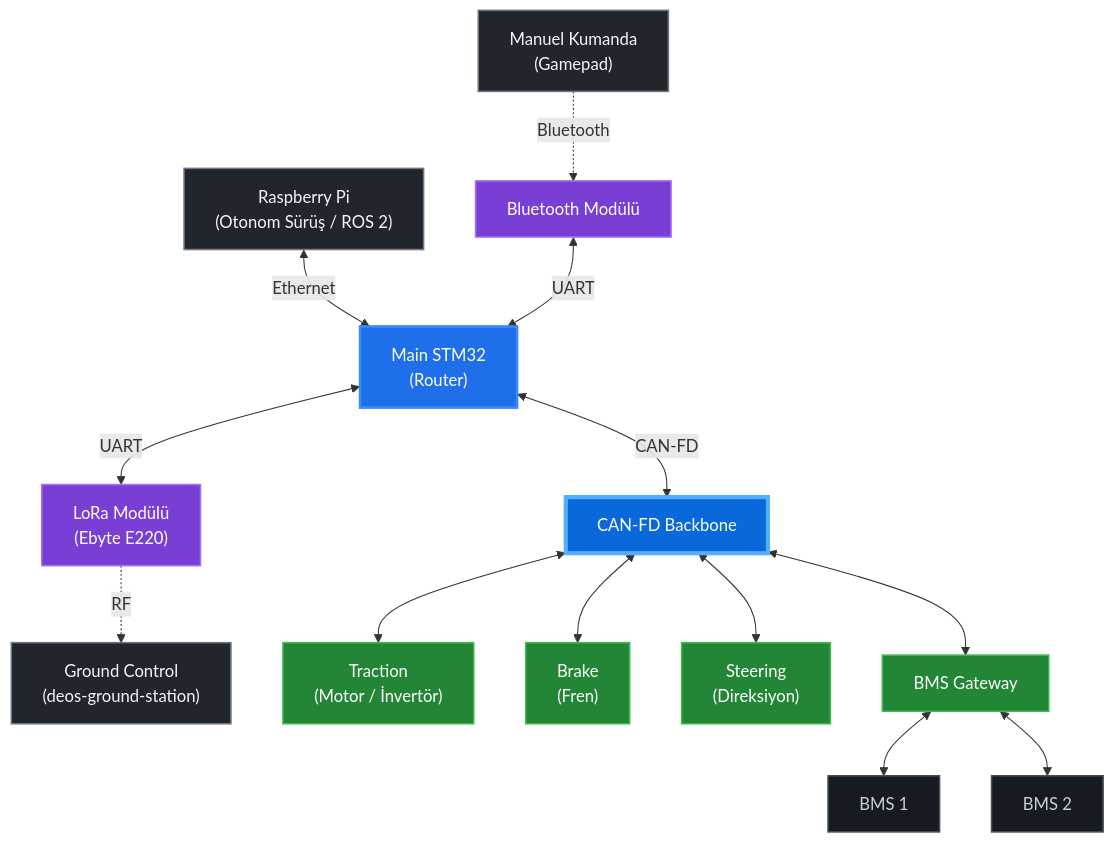
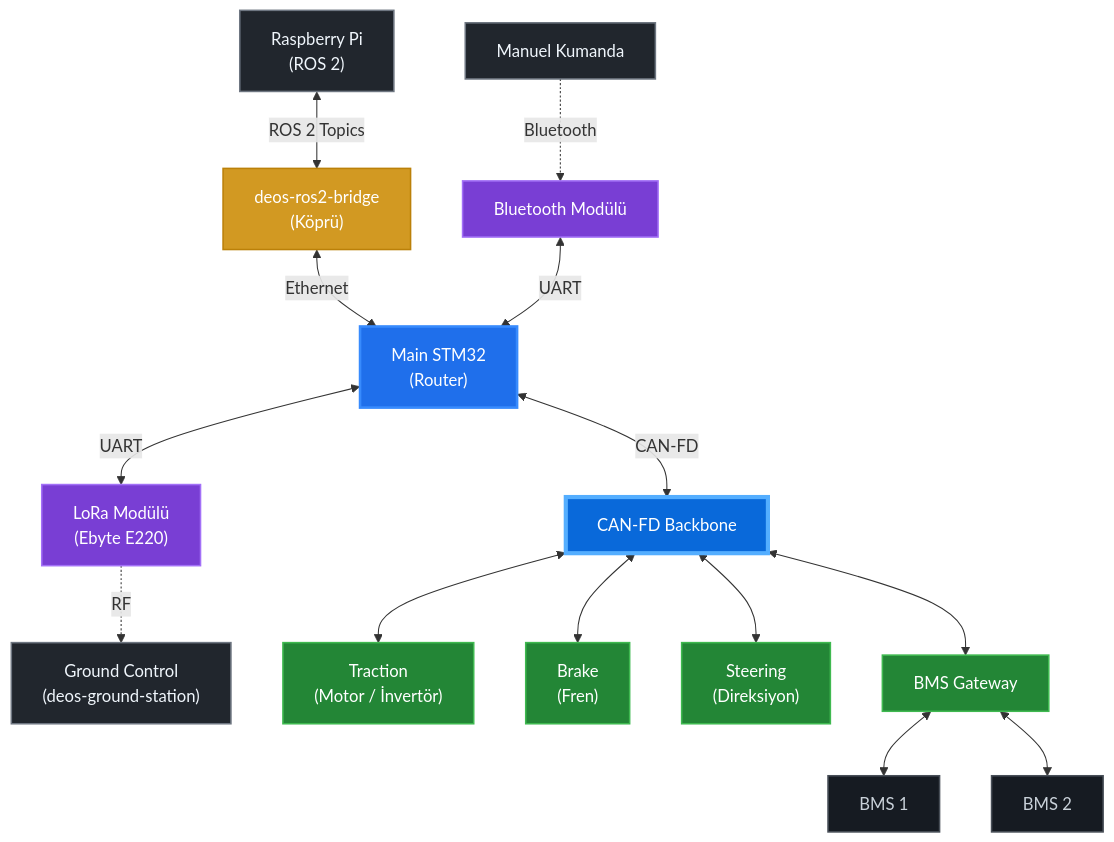
One commit to DEUDEOS-Team/deos-firmware changed the second of 2 diagrams in README.md. Above: the diagram before and after it, drawn with Mermaid. The commit also changed other lines of this file, not shown here.

Commit message:
docs: add ros2 bridge between rpi and stm32, update individual assignments and fix layout clipping

````diff
--- a/README.md
+++ b/README.md
@@ -38,40 +36,43 @@
 ```mermaid
 graph TD
     classDef mcu fill:#1f6feb,stroke:#388bfd,stroke-width:2.5px,color:#ffffff;
     classDef host fill:#21262d,stroke:#6e7681,stroke-width:1.5px,color:#f0f6fc;
+    classDef bridge fill:#d29922,stroke:#bb8009,stroke-width:1.5px,color:#ffffff;
     classDef rf fill:#793ed4,stroke:#a371f7,stroke-width:1.5px,color:#ffffff;
     classDef can fill:#238636,stroke:#3fb950,stroke-width:1.5px,color:#ffffff;
     classDef bms fill:#161b22,stroke:#484f58,stroke-width:1.5px,color:#c9d1d9;
     classDef bus fill:#0969da,stroke:#54aeff,stroke-width:4px,color:#ffffff;
 
-    RPI["Raspberry Pi<br/>(Otonom Sürüş / ROS 2)"]:::host
+    RPI["Raspberry Pi<br/>(ROS 2)"]:::host
+    BRIDGE["deos-ros2-bridge<br/>(Köprü)"]:::bridge
     MAIN["Main STM32<br/>(Router)"]:::mcu
 
-    JOY["Manuel Kumanda<br/>(Gamepad)"]:::host
+    JOY["Manuel Kumanda"]:::host
     BT["Bluetooth Modülü"]:::rf
 
     LORA["LoRa Modülü<br/>(Ebyte E220)"]:::rf
     GCS["Ground Control<br/>(deos-ground-station)"]:::host
 
-    RPI <-->|"Ethernet"| MAIN
+    RPI <-->|"ROS 2 Topics"| BRIDGE
+    BRIDGE <-->|"Ethernet"| MAIN
     JOY -.->|"Bluetooth"| BT
     BT <-->|"UART"| MAIN
     MAIN <-->|"UART"| LORA
     LORA -.->|"RF"| GCS
 
     CAN_BUS["CAN-FD Backbone"]:::bus
     TRACTION["Traction<br/>(Motor / İnvertör)"]:::can
     BRAKE["Brake<br/>(Fren)"]:::can
     STEERING["Steering<br/>(Direksiyon)"]:::can
     BMS_GW["BMS Gateway"]:::can
     BMS1["BMS 1"]:::bms
     BMS2["BMS 2"]:::bms
 
     MAIN <-->|"CAN-FD"| CAN_BUS
     CAN_BUS <--> TRACTION
     CAN_BUS <--> BRAKE
     CAN_BUS <--> STEERING
     CAN_BUS <--> BMS_GW
     BMS_GW <--> BMS1
     BMS_GW <--> BMS2
 ```
````
